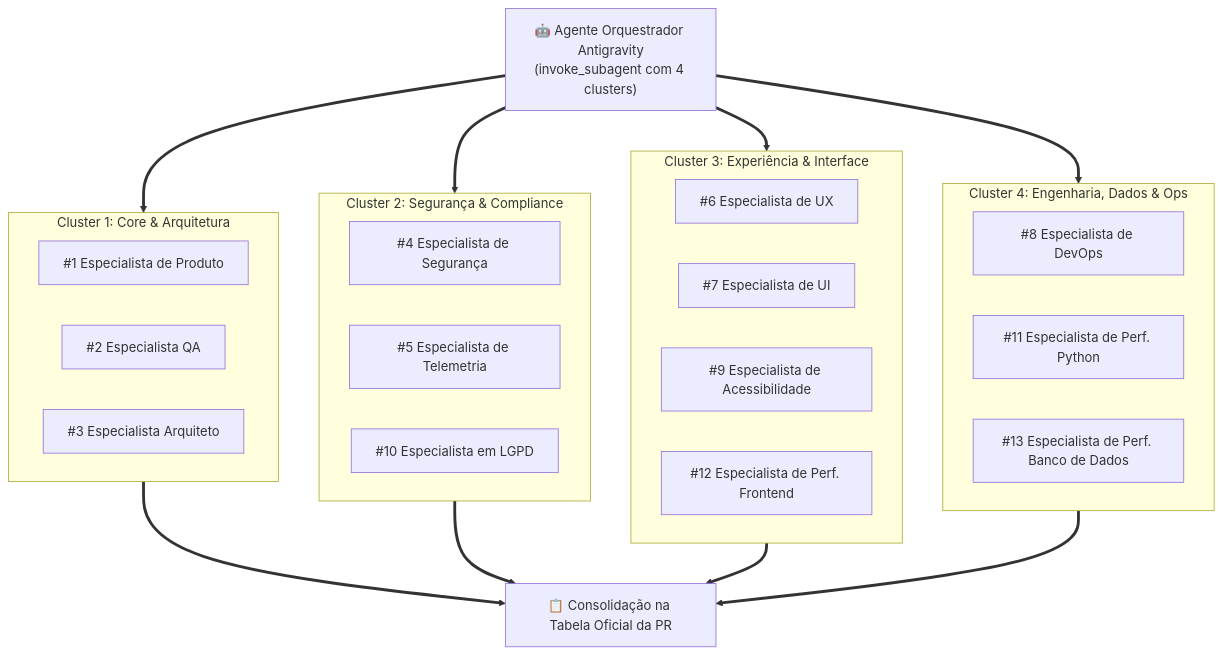
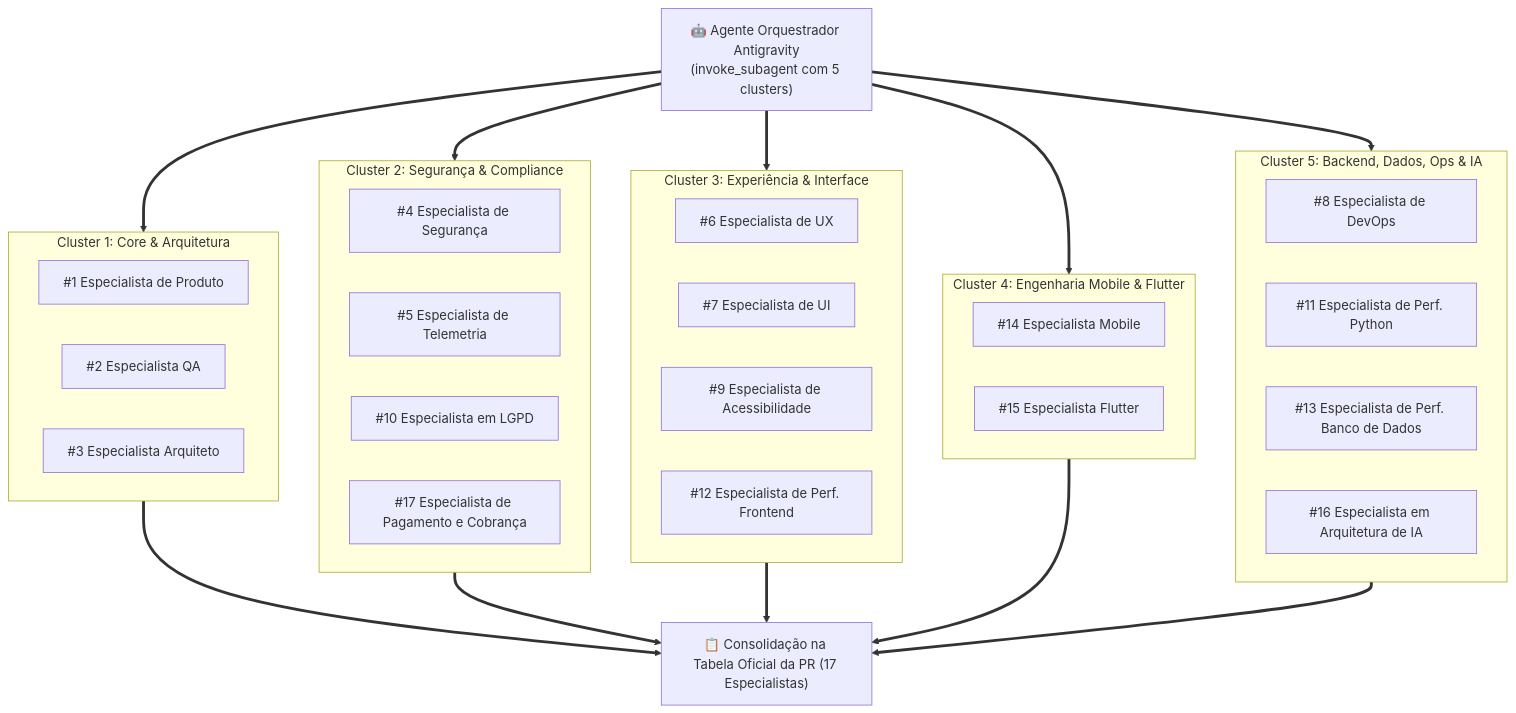
The diagram in docs/personas/00-parallel-audit-protocol.md (gabrielffreitas94-commits/study_reviewer), drawn with Mermaid before and after one commit. The commit also changed other lines of this file and 22 other files, not shown here.

Commit message:
feat(governance): add specialists for mobile, flutter, ai, and payment with 12 granular skills

````diff
--- a/docs/personas/00-parallel-audit-protocol.md
+++ b/docs/personas/00-parallel-audit-protocol.md
@@ -24,32 +26,39 @@
 ```mermaid
 flowchart TD
-    ORCH["🤖 Agente Orquestrador Antigravity<br/>(invoke_subagent com 4 clusters)"]
+    ORCH["🤖 Agente Orquestrador Antigravity<br/>(invoke_subagent com 5 clusters)"]
     
     subgraph C1["Cluster 1: Core & Arquitetura"]
         P1["#1 Especialista de Produto"]
         P2["#2 Especialista QA"]
         P3["#3 Especialista Arquiteto"]
     end
 
     subgraph C2["Cluster 2: Segurança & Compliance"]
         P4["#4 Especialista de Segurança"]
         P5["#5 Especialista de Telemetria"]
         P10["#10 Especialista em LGPD"]
+        P17["#17 Especialista de Pagamento e Cobrança"]
     end
 
     subgraph C3["Cluster 3: Experiência & Interface"]
         P6["#6 Especialista de UX"]
         P7["#7 Especialista de UI"]
         P9["#9 Especialista de Acessibilidade"]
         P12["#12 Especialista de Perf. Frontend"]
     end
 
-    subgraph C4["Cluster 4: Engenharia, Dados & Ops"]
+    subgraph C4["Cluster 4: Engenharia Mobile & Flutter"]
+        P14["#14 Especialista Mobile"]
+        P15["#15 Especialista Flutter"]
+    end
+
+    subgraph C5["Cluster 5: Backend, Dados, Ops & IA"]
         P8["#8 Especialista de DevOps"]
         P11["#11 Especialista de Perf. Python"]
         P13["#13 Especialista de Perf. Banco de Dados"]
+        P16["#16 Especialista em Arquitetura de IA"]
     end
 
-    ORCH ==> C1 & C2 & C3 & C4
-    C1 & C2 & C3 & C4 ==> TABLE["📋 Consolidação na Tabela Oficial da PR"]
+    ORCH ==> C1 & C2 & C3 & C4 & C5
+    C1 & C2 & C3 & C4 & C5 ==> TABLE["📋 Consolidação na Tabela Oficial da PR (17 Especialistas)"]
 ```
````
